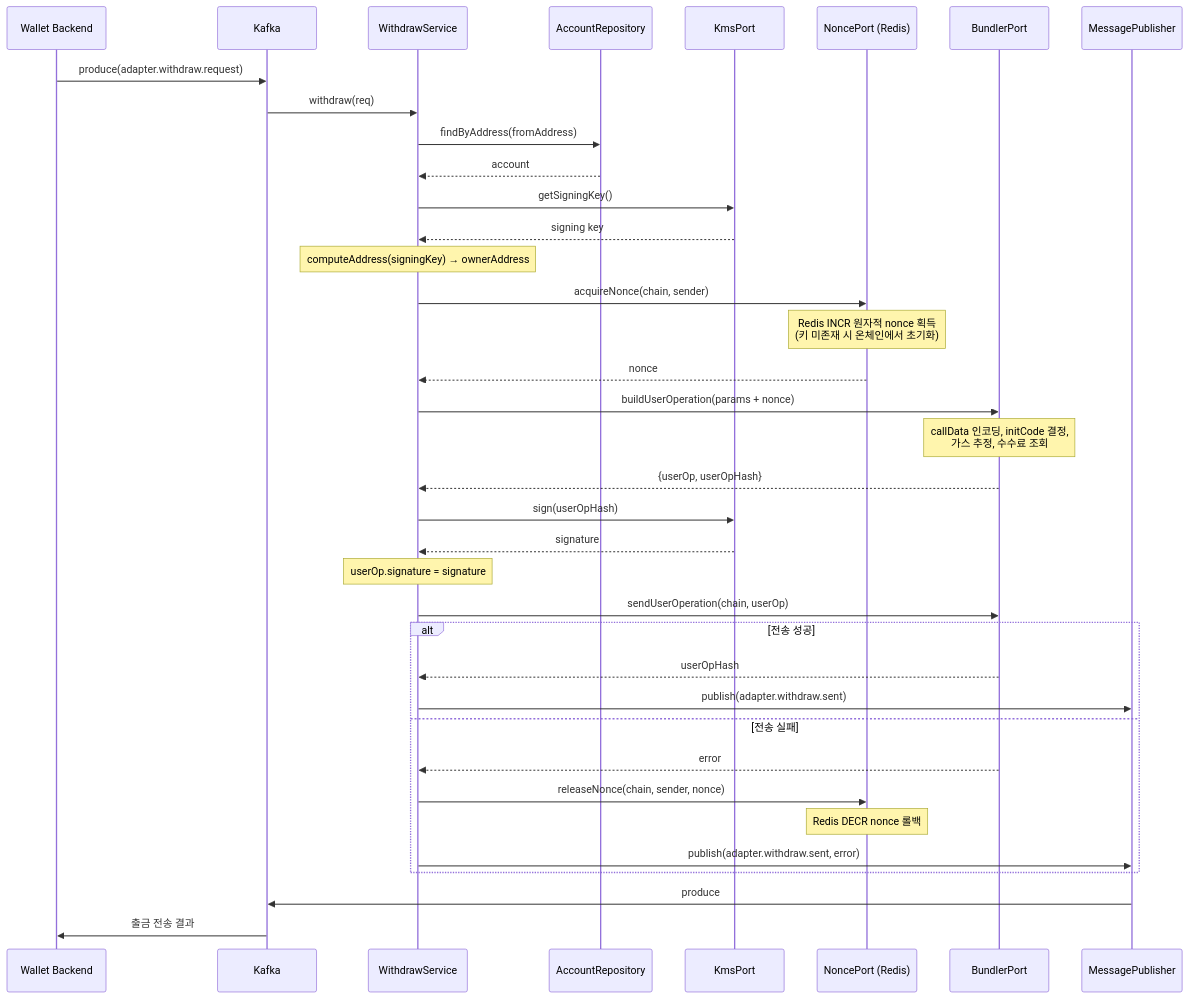
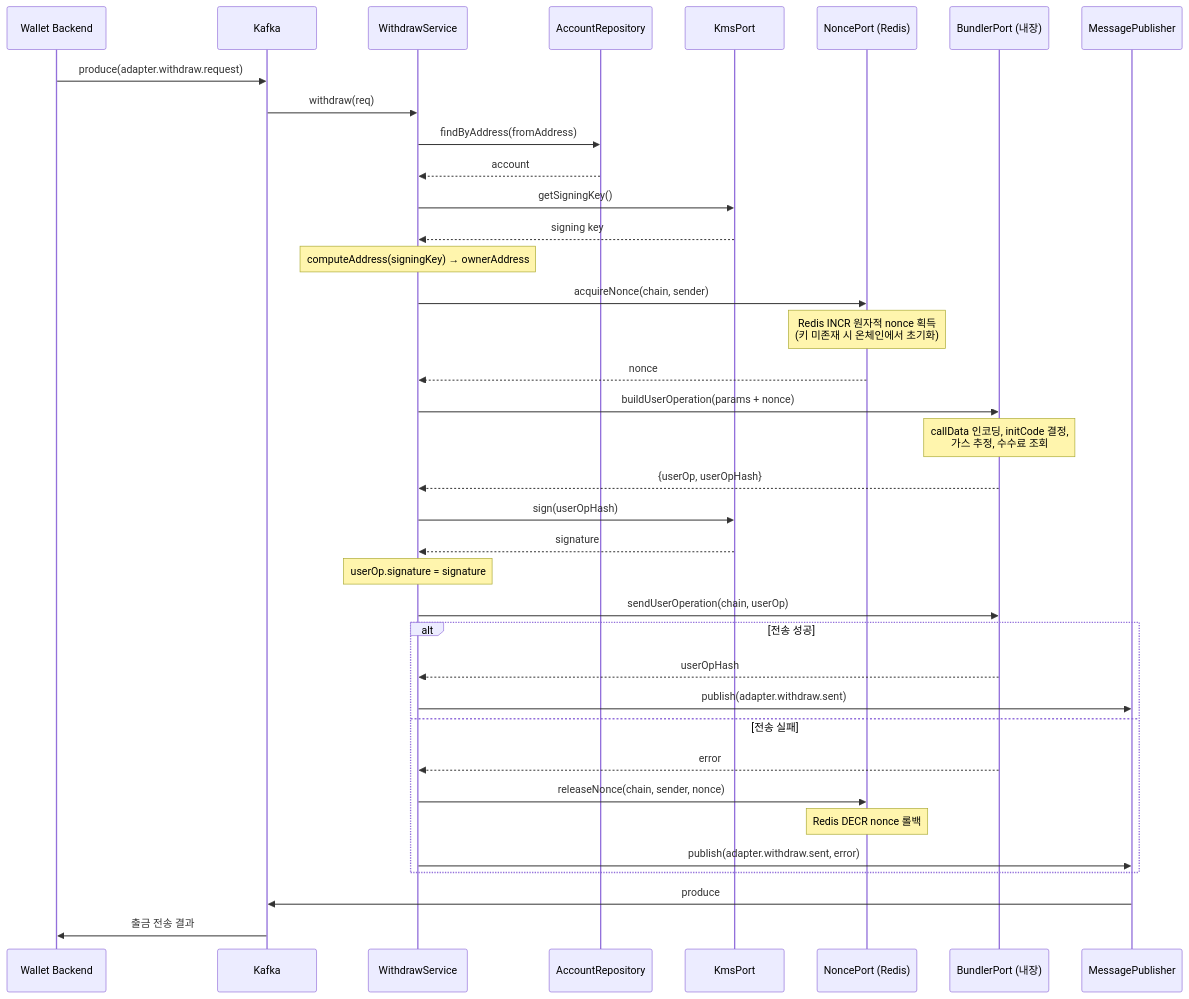
One commit to byunyourim/BC_Adapter changed the fourth of 5 diagrams in docs/interface-spec.md. Above: the diagram before and after it, drawn with Mermaid. The commit also changed other lines of this file and 2 other files, not shown here.

````diff
--- a/docs/interface-spec.md
+++ b/docs/interface-spec.md
@@ -1508,48 +1434,48 @@
 ```mermaid
 sequenceDiagram
     participant WB as Wallet Backend
     participant K as Kafka
     participant WS as WithdrawService
     participant DB as AccountRepository
     participant KMS as KmsPort
     participant NP as NoncePort (Redis)
-    participant BU as BundlerPort
+    participant BU as BundlerPort (내장)
     participant PUB as MessagePublisher
 
     WB->>K: produce(adapter.withdraw.request)
     K->>WS: withdraw(req)
 
     WS->>DB: findByAddress(fromAddress)
     DB-->>WS: account
 
     WS->>KMS: getSigningKey()
     KMS-->>WS: signing key
     Note over WS: computeAddress(signingKey) → ownerAddress
 
     WS->>NP: acquireNonce(chain, sender)
     Note over NP: Redis INCR 원자적 nonce 획득<br/>(키 미존재 시 온체인에서 초기화)
     NP-->>WS: nonce
 
     WS->>BU: buildUserOperation(params + nonce)
     Note over BU: callData 인코딩, initCode 결정,<br/>가스 추정, 수수료 조회
     BU-->>WS: {userOp, userOpHash}
 
     WS->>KMS: sign(userOpHash)
     KMS-->>WS: signature
     Note over WS: userOp.signature = signature
 
     WS->>BU: sendUserOperation(chain, userOp)
 
     alt 전송 성공
         BU-->>WS: userOpHash
         WS->>PUB: publish(adapter.withdraw.sent)
     else 전송 실패
         BU-->>WS: error
         WS->>NP: releaseNonce(chain, sender, nonce)
         Note over NP: Redis DECR nonce 롤백
         WS->>PUB: publish(adapter.withdraw.sent, error)
     end
 
     PUB->>K: produce
     K->>WB: 출금 전송 결과
 ```
````
